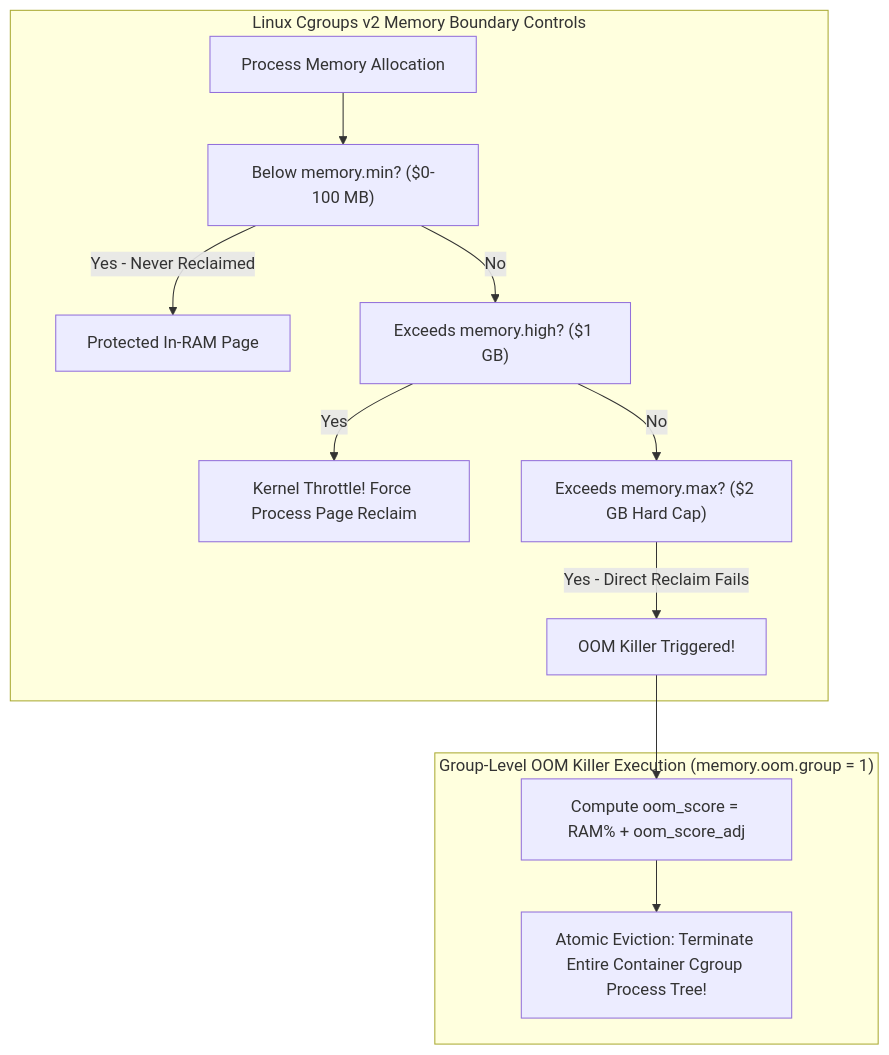
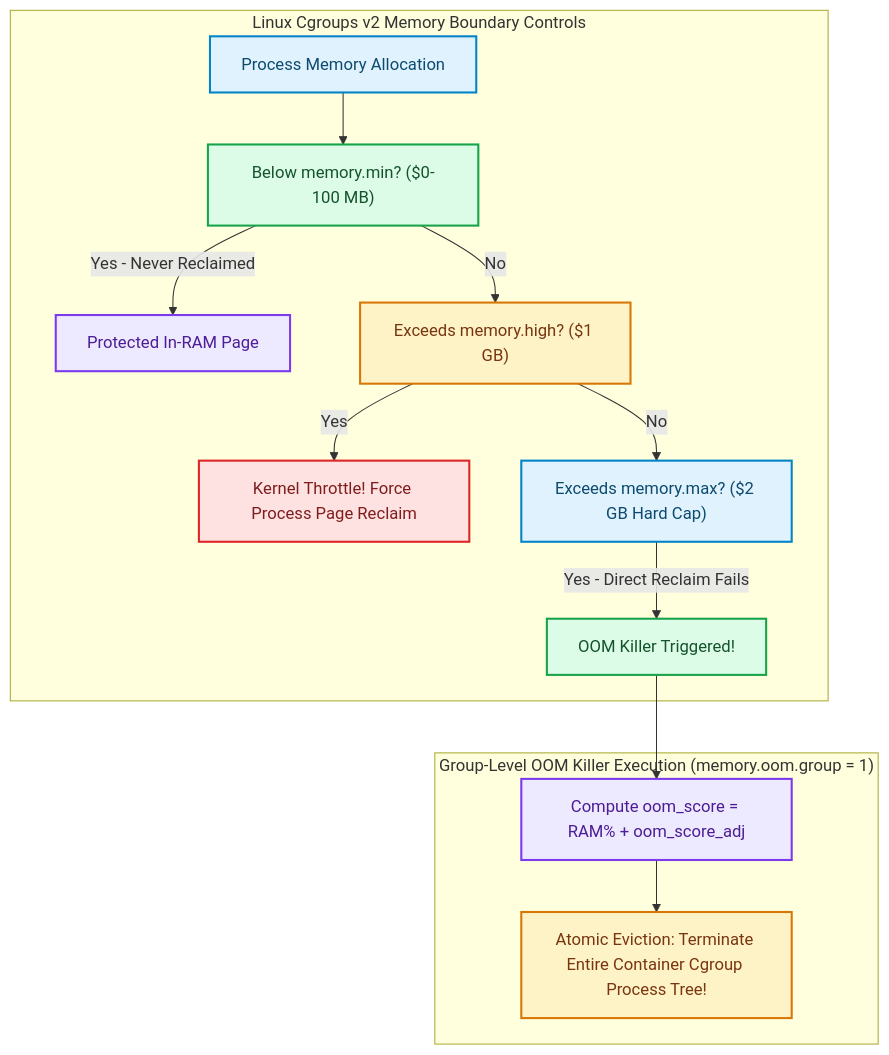
Before and after one commit to akmalkhaniub/akmalkhaniub.github.io: the diagram in blog/posts/linux-cgroups-v2-memory-isolation-oom-killer-psi.md, drawn with Mermaid. The commit also changed other lines of this file and 1291 other files, not shown here.

First line of the commit message:
feat(catalog): unique covers, scholarly references, and diagram palettes

````diff
--- a/blog/posts/linux-cgroups-v2-memory-isolation-oom-killer-psi.md
+++ b/blog/posts/linux-cgroups-v2-memory-isolation-oom-killer-psi.md
@@ -19,18 +19,29 @@
 ```mermaid
 flowchart TD
   subgraph SG1_LinuxCgroupsV2 ["Linux Cgroups v2 Memory Boundary Controls"]
-    Alloc[Process Memory Allocation] --> MinCheck["Below memory.min? ($0-100 MB)"]
-    MinCheck -->|Yes - Never Reclaimed| SafeRAM[Protected In-RAM Page]
+    Alloc["Process Memory Allocation"] --> MinCheck["Below memory.min? ($0-100 MB)"]
+    MinCheck -->|Yes - Never Reclaimed| SafeRAM["Protected In-RAM Page"]
     
     MinCheck -->|No| HighCheck["Exceeds memory.high? ($1 GB)"]
     HighCheck -->|Yes| Throttle[" Kernel Throttle! Force Process Page Reclaim"]
     
     HighCheck -->|No| MaxCheck["Exceeds memory.max? ($2 GB Hard Cap)"]
     MaxCheck -->|Yes - Direct Reclaim Fails| OOM[" OOM Killer Triggered!"]
   end
   
   subgraph SG2_GroupLevelOom ["Group-Level OOM Killer Execution (memory.oom.group = 1)"]
-    OOM --> Badness[Compute oom_score = RAM% + oom_score_adj]
+    OOM --> Badness["Compute oom_score = RAM% + oom_score_adj"]
     Badness --> KillTree[" Atomic Eviction: Terminate Entire Container Cgroup Process Tree!"]
   end
+
+classDef green fill:#dcfce7,stroke:#16a34a,stroke-width:2px,color:#14532d;
+classDef red fill:#fee2e2,stroke:#dc2626,stroke-width:2px,color:#7f1d1d;
+classDef blue fill:#e0f2fe,stroke:#0284c7,stroke-width:2px,color:#0c4a6e;
+classDef yellow fill:#fef3c7,stroke:#d97706,stroke-width:2px,color:#78350f;
+classDef purple fill:#ede9fe,stroke:#7c3aed,stroke-width:2px,color:#4c1d95;
+class Alloc,MaxCheck blue
+class MinCheck,OOM green
+class SafeRAM,Badness purple
+class HighCheck,KillTree yellow
+class Throttle red
 ```
````
